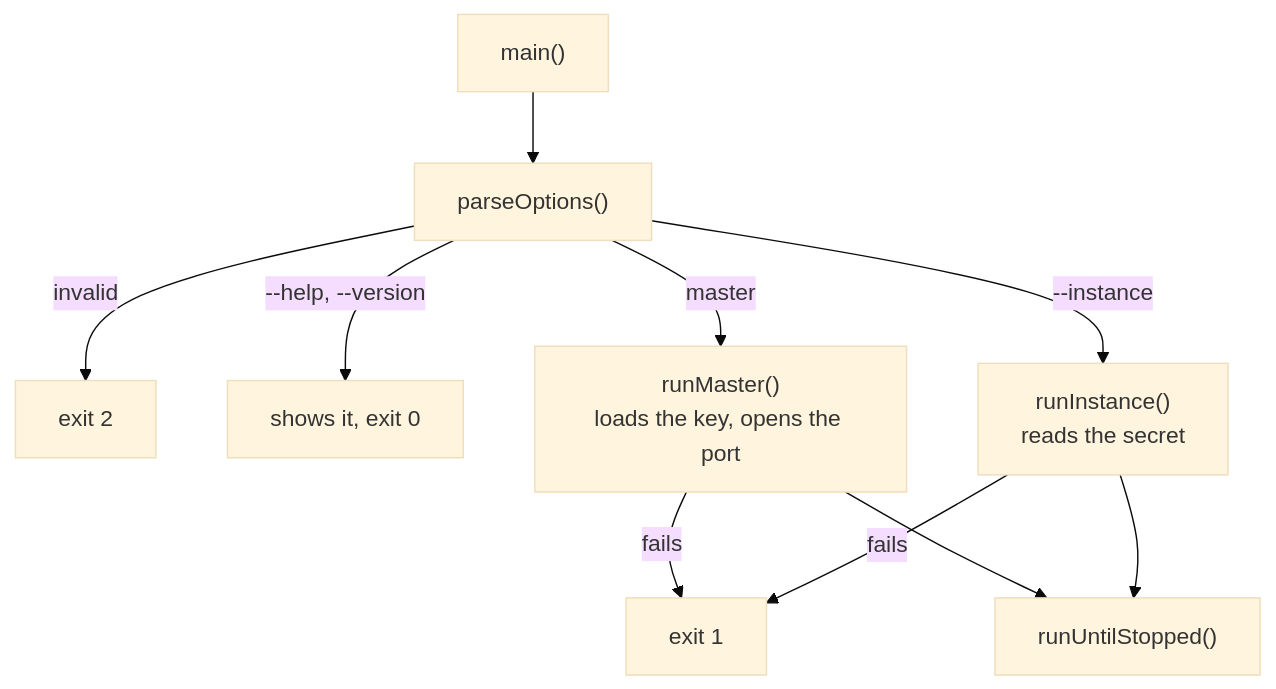
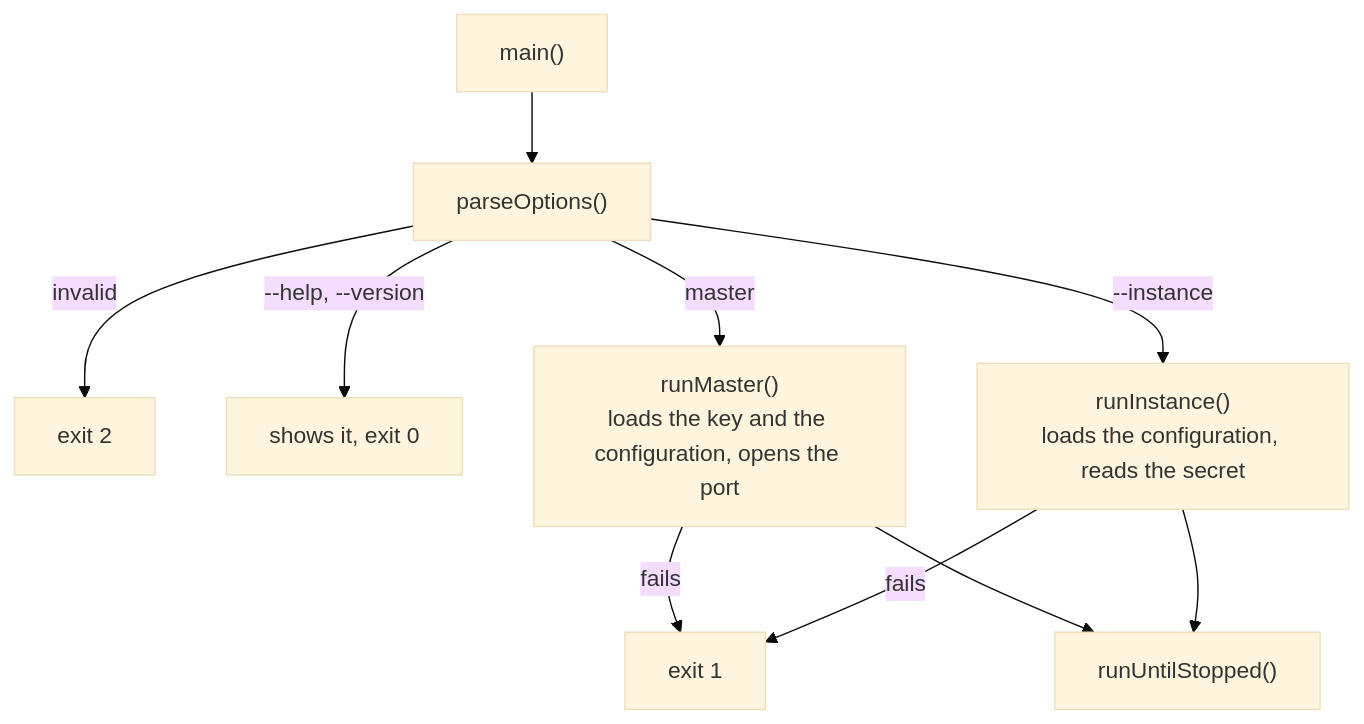
The first of 6 diagrams in docs/architecture/server.md (Akinator31/Rtype), drawn with Mermaid (base theme) before and after one commit. The commit also changed other lines of this file and 6 other files, not shown here.

````diff
--- a/docs/architecture/server.md
+++ b/docs/architecture/server.md
@@ -41,12 +42,12 @@
 ```mermaid
 flowchart TB
     Main["main()"] --> Parse["parseOptions()"]
     Parse -- "invalid" --> Exit2["exit 2"]
     Parse -- "--help, --version" --> Show["shows it, exit 0"]
-    Parse -- "master" --> Master["runMaster()<br/>loads the key, opens the port"]
-    Parse -- "--instance" --> Instance["runInstance()<br/>reads the secret"]
+    Parse -- "master" --> Master["runMaster()<br/>loads the key and the configuration, opens the port"]
+    Parse -- "--instance" --> Instance["runInstance()<br/>loads the configuration, reads the secret"]
     Master -- "fails" --> Exit1["exit 1"]
     Instance -- "fails" --> Exit1
     Master --> Run["runUntilStopped()"]
     Instance --> Run
 ```
````
